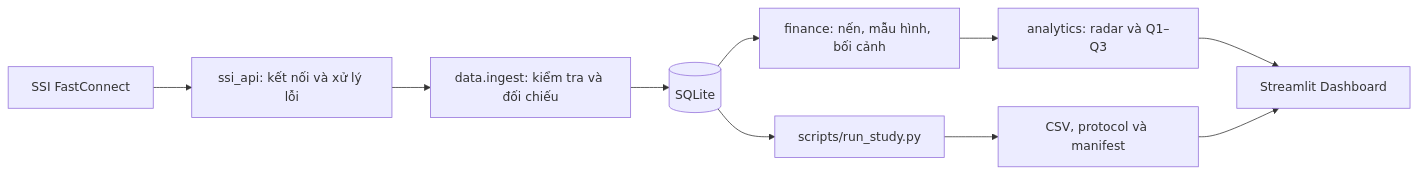
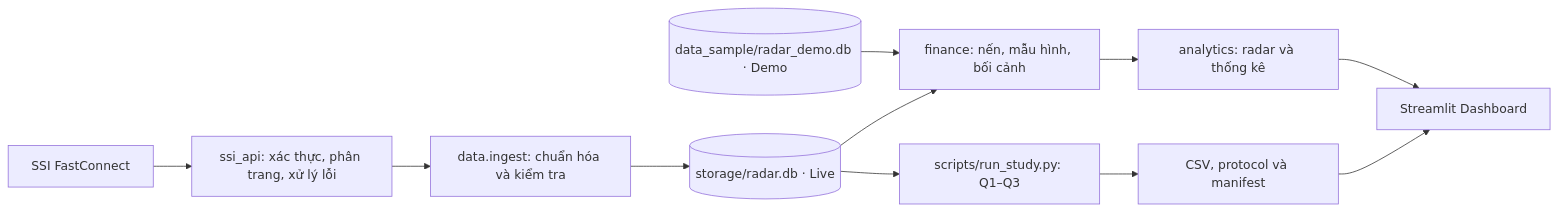
Before and after one commit to Kieuhttk/vn30-candlestick-radar: the diagram in README.md, drawn with Mermaid. The commit also changed other lines of this file and 169 other files, not shown here.

````diff
--- a/README.md
+++ b/README.md
@@ -47,12 +55,13 @@
 ```mermaid
 flowchart LR
-    SSI["SSI FastConnect"] --> API["ssi_api: kết nối và xử lý lỗi"]
-    API --> INGEST["data.ingest: kiểm tra và đối chiếu"]
-    INGEST --> DB[("SQLite")]
+    SSI["SSI FastConnect"] --> API["ssi_api: xác thực, phân trang, xử lý lỗi"]
+    API --> INGEST["data.ingest: chuẩn hóa và kiểm tra"]
+    INGEST --> DB[("storage/radar.db · Live")]
+    DEMO[("data_sample/radar_demo.db · Demo")] --> FIN
     DB --> FIN["finance: nến, mẫu hình, bối cảnh"]
-    FIN --> ANA["analytics: radar và Q1–Q3"]
+    FIN --> ANA["analytics: radar và thống kê"]
     ANA --> UI["Streamlit Dashboard"]
-    DB --> STUDY["scripts/run_study.py"]
-    STUDY --> TABLES["CSV, protocol và manifest"]
-    TABLES --> UI
+    DB --> STUDY["scripts/run_study.py: Q1–Q3"]
+    STUDY --> RESULTS["CSV, protocol và manifest"]
+    RESULTS --> UI
 ```
````
